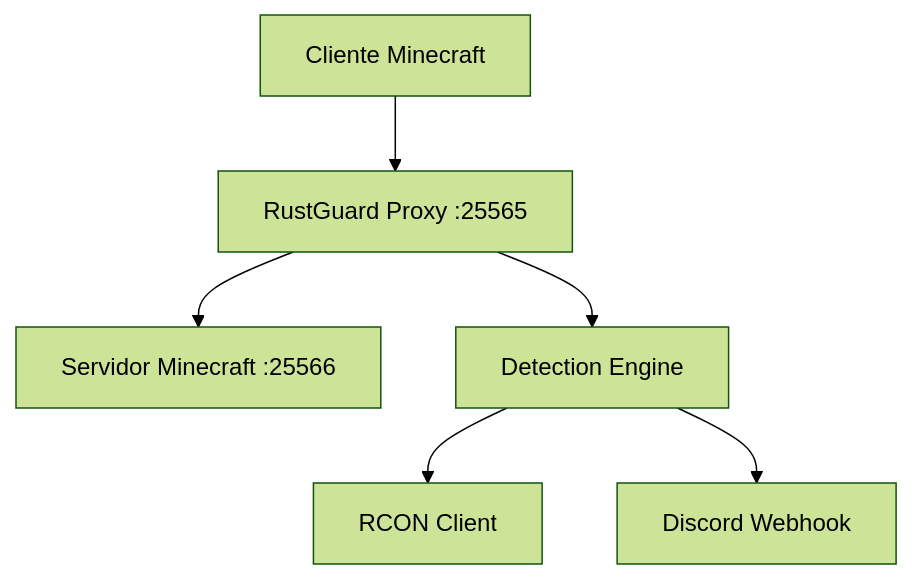
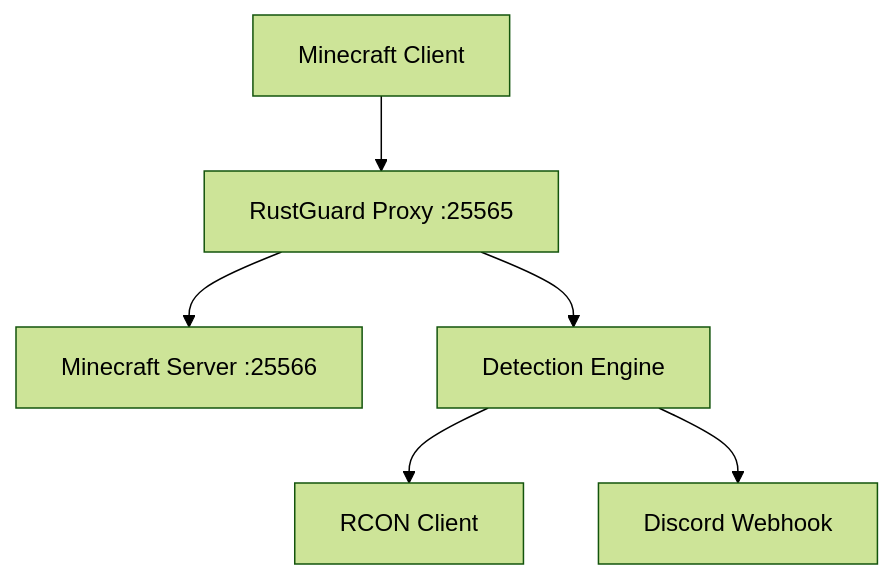
One commit to CompileRider/RustGuard changed the diagram in docs/05-Setup/First-Run.md. Above: the diagram before and after it, drawn with Mermaid (forest theme). The commit also changed other lines of this file and 16 other files, not shown here.

````diff
--- a/docs/05-Setup/First-Run.md
+++ b/docs/05-Setup/First-Run.md
@@ -39,8 +37,8 @@
 ```mermaid
 graph TB
-    C[Cliente Minecraft] --> RP[RustGuard Proxy :25565]
-    RP --> MS[Servidor Minecraft :25566]
+    C[Minecraft Client] --> RP[RustGuard Proxy :25565]
+    RP --> MS[Minecraft Server :25566]
     RP --> DE[Detection Engine]
     DE --> RC[RCON Client]
     DE --> DW[Discord Webhook]
 ```
````
